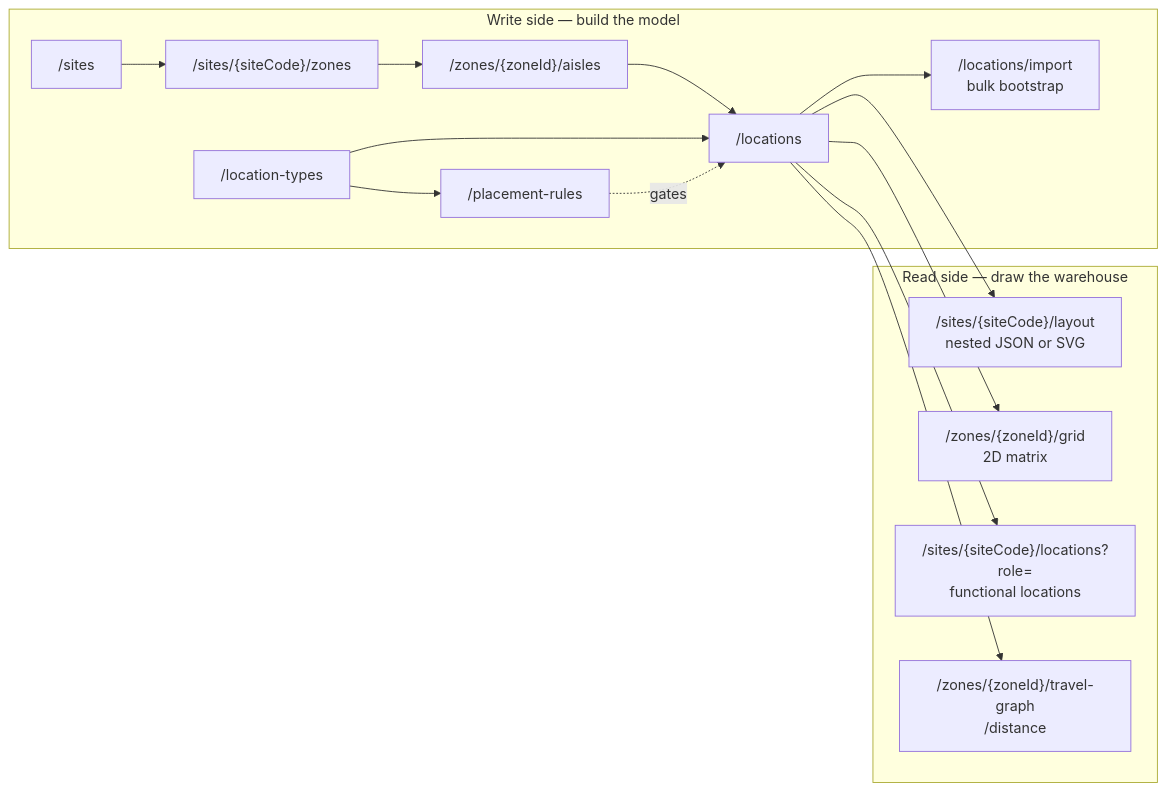
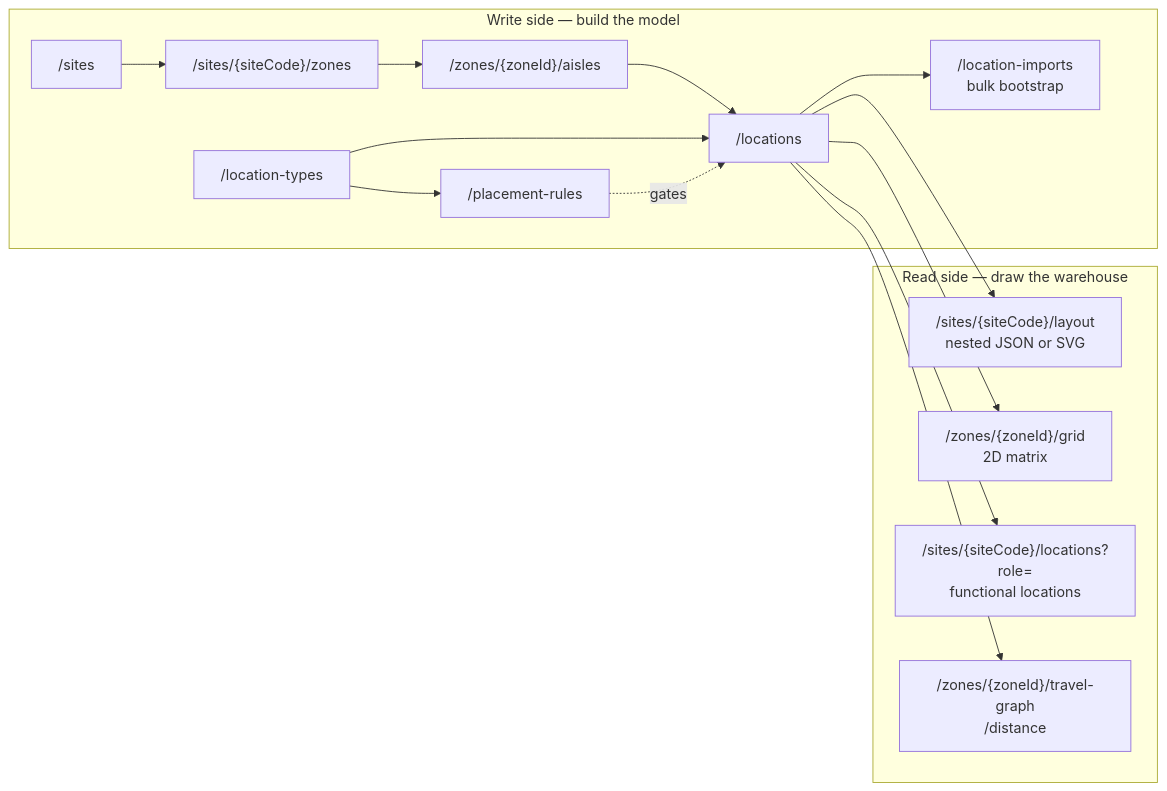
The diagram in docs/docs/api-reference/index.md (IQVO/facility-layout), drawn with Mermaid before and after one commit. The commit also changed other lines of this file and 91 other files, not shown here.

````diff
--- a/docs/docs/api-reference/index.md
+++ b/docs/docs/api-reference/index.md
@@ -56,24 +56,24 @@
 ```mermaid
 graph LR
     subgraph W["Write side — build the model"]
         S["/sites"] --> Z["/sites/{siteCode}/zones"]
         Z --> A["/zones/{zoneId}/aisles"]
         LT["/location-types"] --> PR["/placement-rules"]
         A --> L["/locations"]
         LT --> L
         PR -.gates.-> L
-        L --> IMP["/locations/import<br/>bulk bootstrap"]
+        L --> IMP["/location-imports<br/>bulk bootstrap"]
     end
 
     subgraph R["Read side — draw the warehouse"]
         LAY["/sites/{siteCode}/layout<br/>nested JSON or SVG"]
         GRID["/zones/{zoneId}/grid<br/>2D matrix"]
         ROLE["/sites/{siteCode}/locations?role=<br/>functional locations"]
         TG["/zones/{zoneId}/travel-graph<br/>/distance"]
     end
 
     L --> LAY
     L --> GRID
     L --> ROLE
     L --> TG
 ```
````
